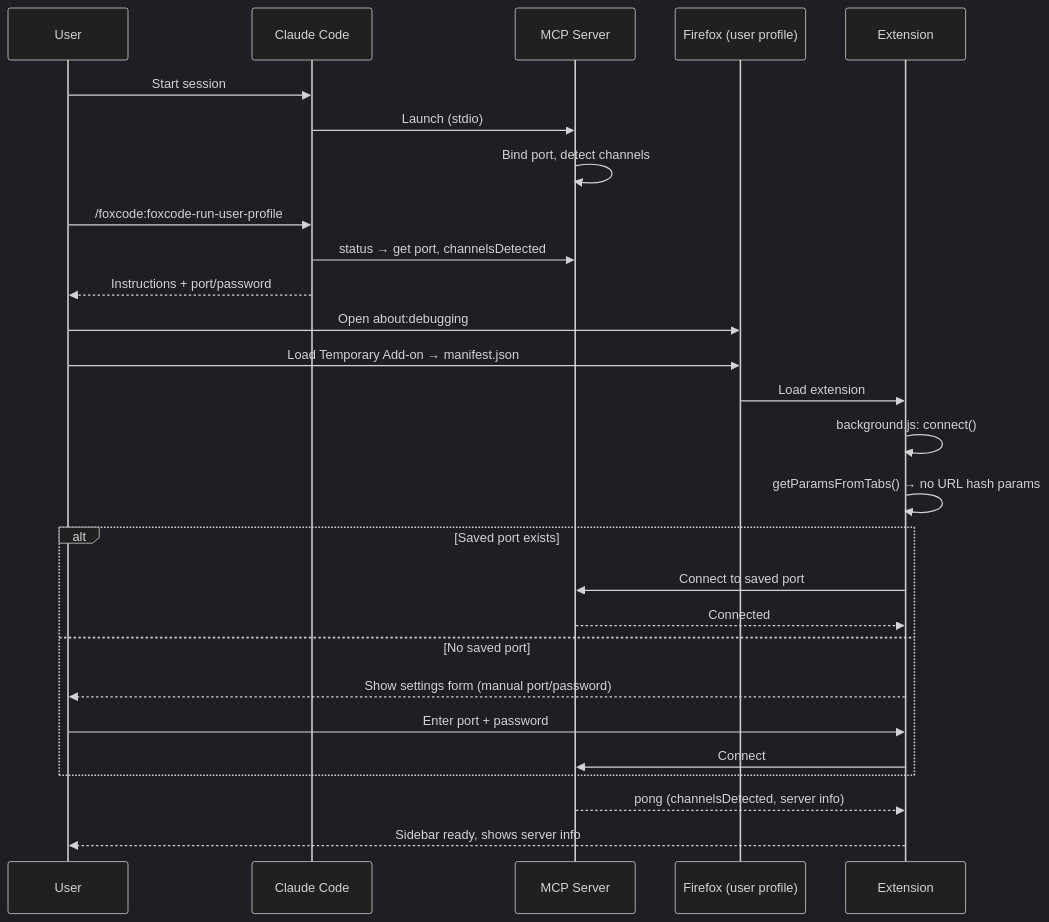
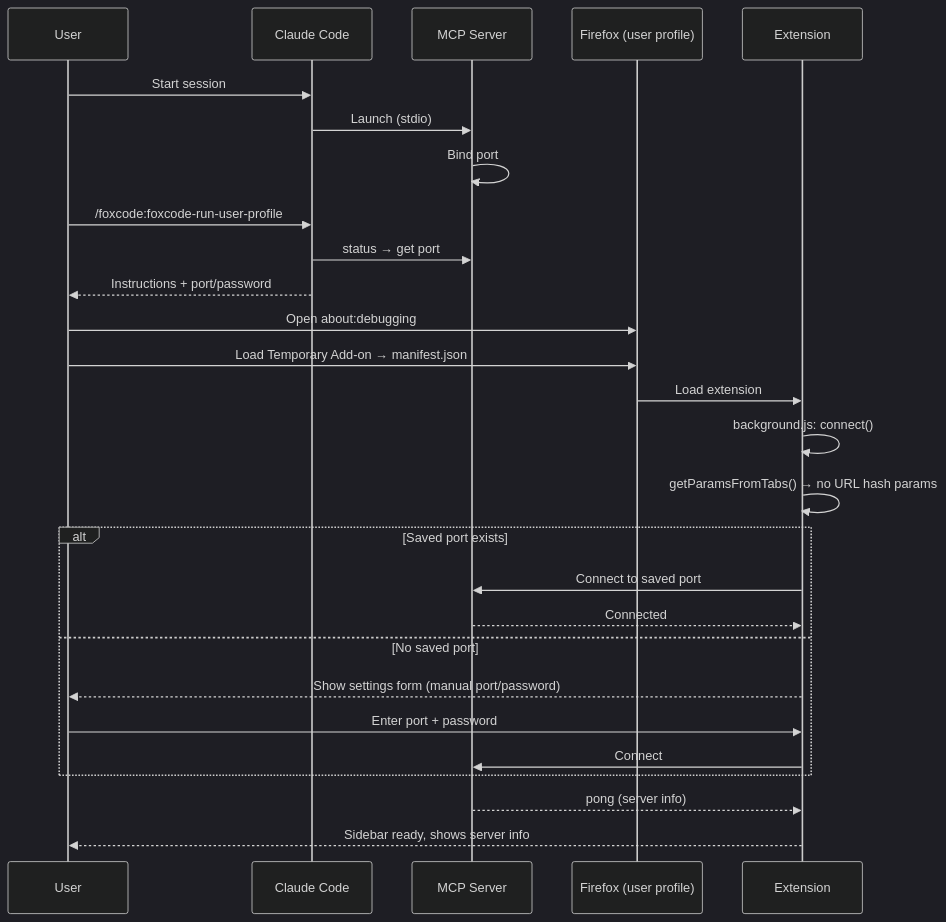
The second of 2 diagrams in README.md (korchasa/foxcode), drawn with Mermaid (dark theme) before and after one commit. The commit also changed other lines of this file and 12 other files, not shown here.

````diff
--- a/README.md
+++ b/README.md
@@ -117,35 +111,35 @@
 ```mermaid
 sequenceDiagram
     participant U as User
     participant CC as Claude Code
     participant MCP as MCP Server
     participant FF as Firefox (user profile)
     participant EXT as Extension
 
     U->>CC: Start session
     CC->>MCP: Launch (stdio)
-    MCP->>MCP: Bind port, detect channels
+    MCP->>MCP: Bind port
 
     U->>CC: /foxcode:foxcode-run-user-profile
-    CC->>MCP: status → get port, channelsDetected
+    CC->>MCP: status → get port
     CC-->>U: Instructions + port/password
 
     U->>FF: Open about:debugging
     U->>FF: Load Temporary Add-on → manifest.json
     FF->>EXT: Load extension
 
     EXT->>EXT: background.js: connect()
     EXT->>EXT: getParamsFromTabs() → no URL hash params
 
     alt Saved port exists
         EXT->>MCP: Connect to saved port
         MCP-->>EXT: Connected
     else No saved port
         EXT-->>U: Show settings form (manual port/password)
         U->>EXT: Enter port + password
         EXT->>MCP: Connect
     end
 
-    MCP-->>EXT: pong (channelsDetected, server info)
+    MCP-->>EXT: pong (server info)
     EXT-->>U: Sidebar ready, shows server info
 ```
````
